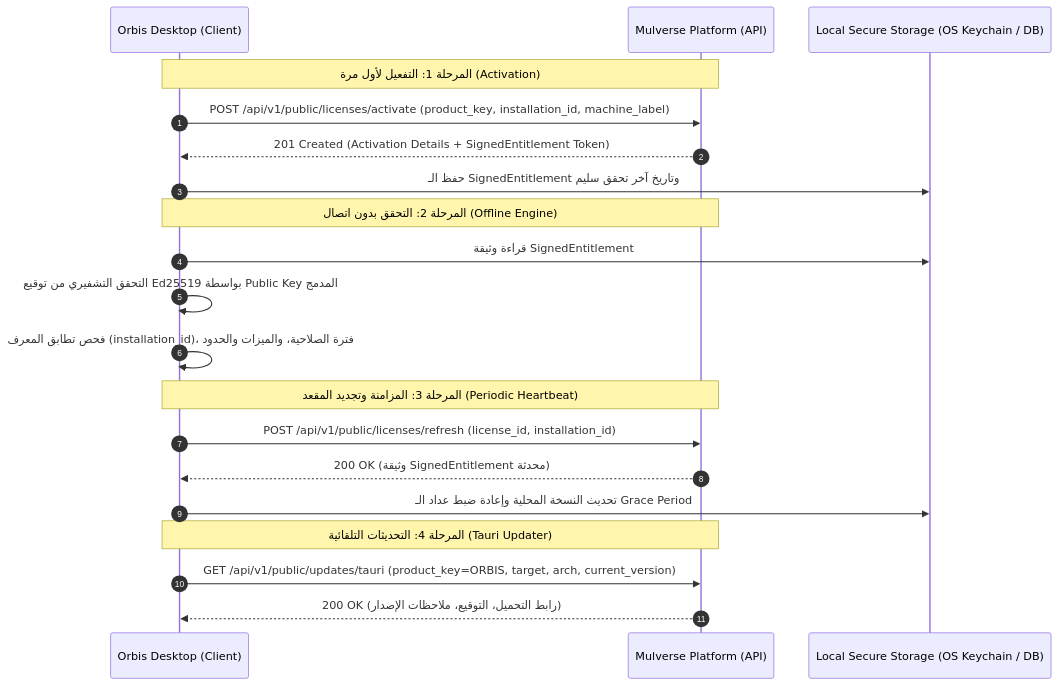
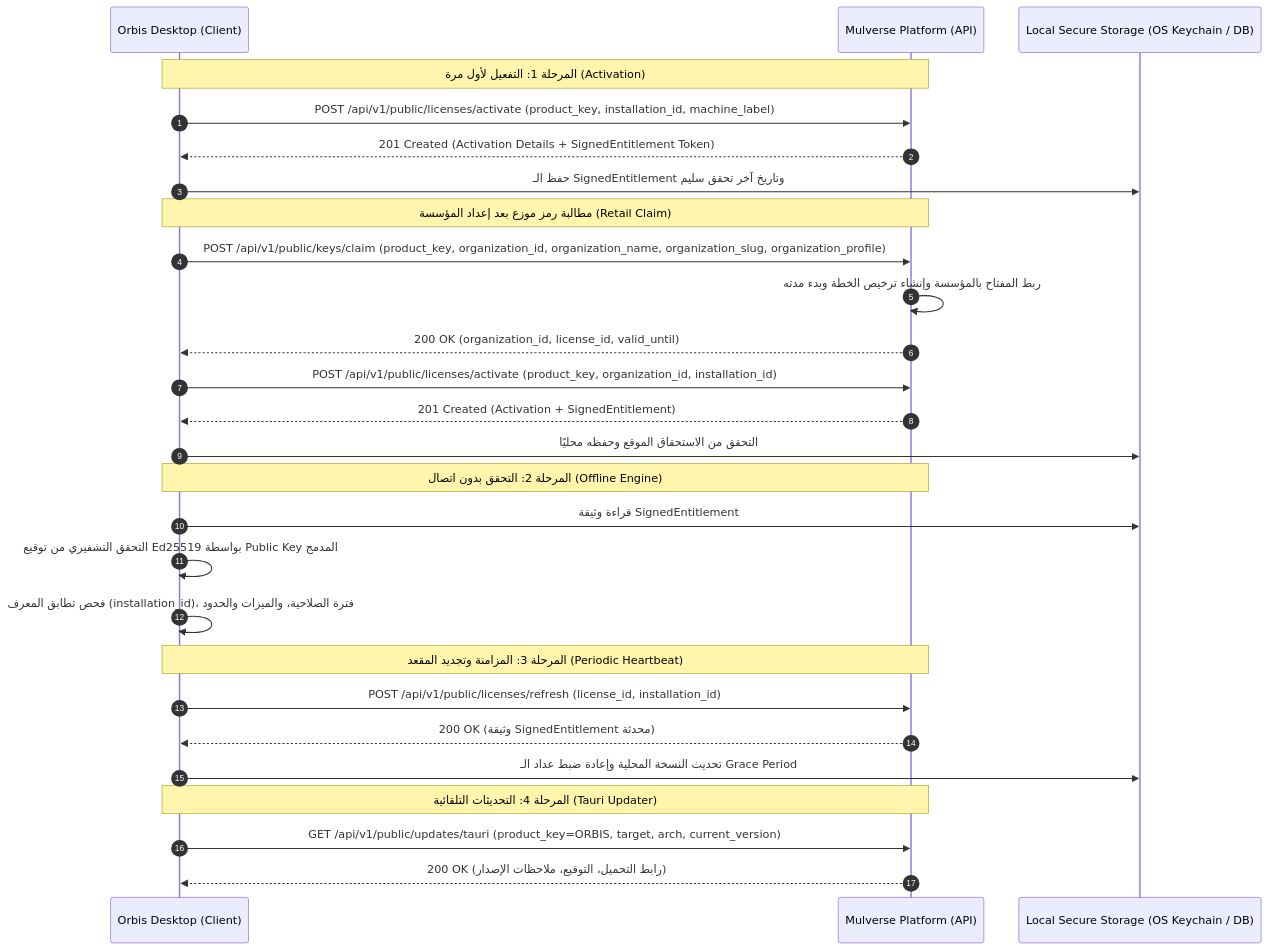
Before and after one commit to MxHabob/Orbis: the diagram in docs/ORBIS_INTEGRATION_CONTRACT.md, drawn with Mermaid. The commit also changed other lines of this file and 12 other files, not shown here.

Commit message:
feat: Add product key redemption functionality for organizations

````diff
--- a/docs/ORBIS_INTEGRATION_CONTRACT.md
+++ b/docs/ORBIS_INTEGRATION_CONTRACT.md
@@ -46,26 +72,34 @@
 ```mermaid
 sequenceDiagram
     autonumber
     participant Orbis as Orbis Desktop (Client)
     participant Platform as Mulverse Platform (API)
     participant SecStorage as Local Secure Storage (OS Keychain / DB)
 
     Note over Orbis, Platform: المرحلة 1: التفعيل لأول مرة (Activation)
     Orbis->>Platform: POST /api/v1/public/licenses/activate (product_key, installation_id, machine_label)
     Platform-->>Orbis: 201 Created (Activation Details + SignedEntitlement Token)
     Orbis->>SecStorage: حفظ الـ SignedEntitlement وتاريخ آخر تحقق سليم
+
+    Note over Orbis, Platform: مطالبة رمز موزع بعد إعداد المؤسسة (Retail Claim)
+    Orbis->>Platform: POST /api/v1/public/keys/claim (product_key, organization_id, organization_name, organization_slug, organization_profile)
+    Platform->>Platform: ربط المفتاح بالمؤسسة وإنشاء ترخيص الخطة وبدء مدته
+    Platform-->>Orbis: 200 OK (organization_id, license_id, valid_until)
+    Orbis->>Platform: POST /api/v1/public/licenses/activate (product_key, organization_id, installation_id)
+    Platform-->>Orbis: 201 Created (Activation + SignedEntitlement)
+    Orbis->>SecStorage: التحقق من الاستحقاق الموقع وحفظه محليًا
 
     Note over Orbis, Platform: المرحلة 2: التحقق بدون اتصال (Offline Engine)
     Orbis->>SecStorage: قراءة وثيقة SignedEntitlement
     Orbis->>Orbis: التحقق التشفيري من توقيع Ed25519 بواسطة Public Key المدمج
     Orbis->>Orbis: فحص تطابق المعرف (installation_id)، فترة الصلاحية، والميزات والحدود
 
     Note over Orbis, Platform: المرحلة 3: المزامنة وتجديد المقعد (Periodic Heartbeat)
     Orbis->>Platform: POST /api/v1/public/licenses/refresh (license_id, installation_id)
     Platform-->>Orbis: 200 OK (وثيقة SignedEntitlement محدثة)
     Orbis->>SecStorage: تحديث النسخة المحلية وإعادة ضبط عداد الـ Grace Period
 
     Note over Orbis, Platform: المرحلة 4: التحديثات التلقائية (Tauri Updater)
     Orbis->>Platform: GET /api/v1/public/updates/tauri (product_key=ORBIS, target, arch, current_version)
     Platform-->>Orbis: 200 OK (رابط التحميل، التوقيع، ملاحظات الإصدار)
 ```
````
